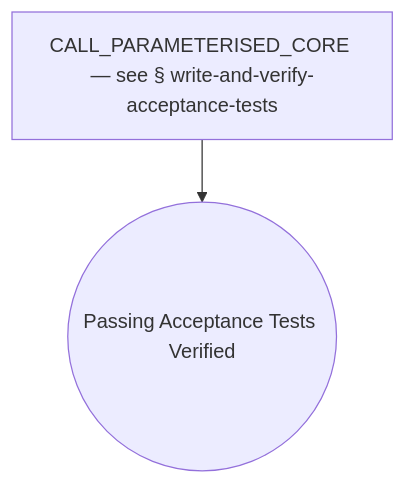
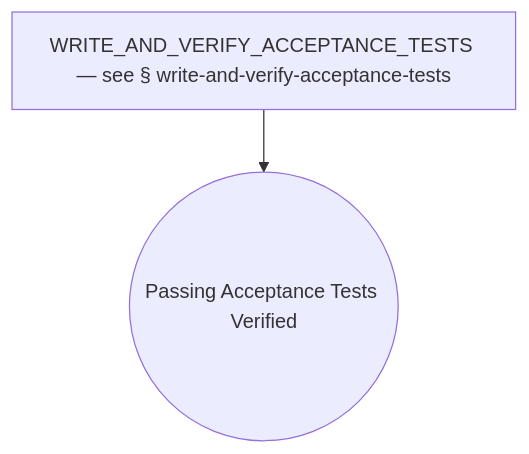
Before and after one commit to optivem/gh-optivem: diagram 14 of 50 in docs/process-diagram.md, drawn with Mermaid. The commit also changed other lines of this file and 6 other files, not shown here.

````diff
--- a/docs/process-diagram.md
+++ b/docs/process-diagram.md
@@ -328,7 +328,7 @@
 ```mermaid
 flowchart TD
-    CALL_PARAMETERISED_CORE[CALL_PARAMETERISED_CORE — see § write-and-verify-acceptance-tests]
     WAV_AT_PASS_END((Passing Acceptance Tests Verified))
+    WRITE_AND_VERIFY_ACCEPTANCE_TESTS[WRITE_AND_VERIFY_ACCEPTANCE_TESTS — see § write-and-verify-acceptance-tests]
 
-    CALL_PARAMETERISED_CORE --> WAV_AT_PASS_END
+    WRITE_AND_VERIFY_ACCEPTANCE_TESTS --> WAV_AT_PASS_END
 ```
````
